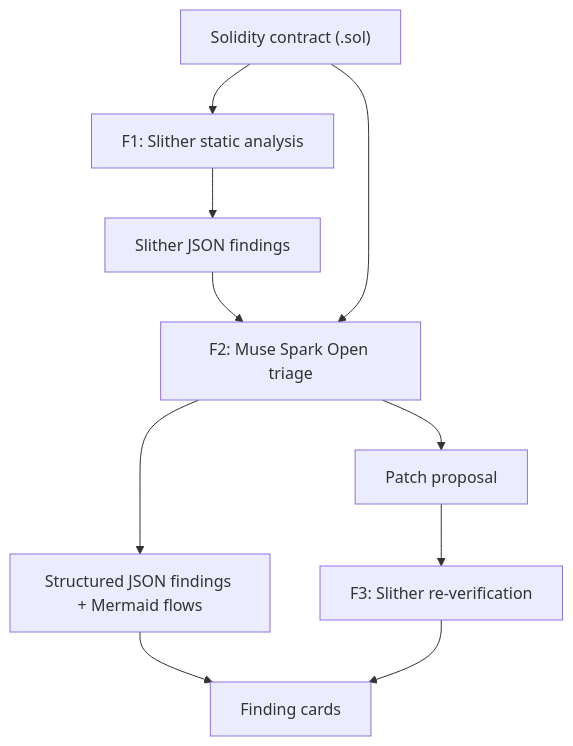
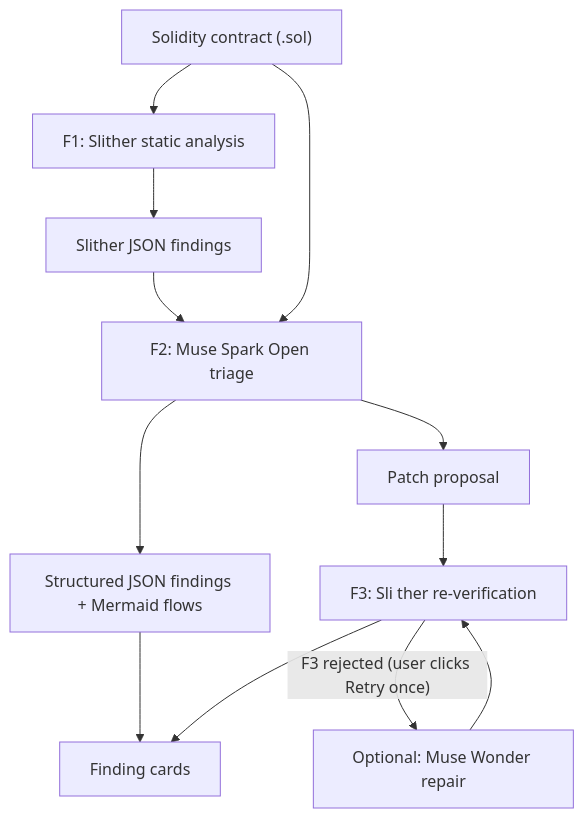
One commit to chokri29/SentryVision changed the diagram in README.md. Above: the diagram before and after it, drawn with Mermaid. The commit also changed other lines of this file, not shown here.

Commit message:
docs: surface Muse Wonder in intro, table, and architecture diagram

````diff
--- a/README.md
+++ b/README.md
@@ -48,12 +50,14 @@
 ```mermaid
 flowchart TD
     A["Solidity contract (.sol)"] --> B["F1: Slither static analysis"]
     B --> C["Slither JSON findings"]
     C --> D["F2: Muse Spark Open triage"]
     A --> D
     D --> E["Structured JSON findings + Mermaid flows"]
     E --> G["Finding cards"]
     D --> H["Patch proposal"]
-    H --> I["F3: Slither re-verification"]
+    H --> I["F3: Sli ther re-verification"]
     I --> G
+    I -->|"F3 rejected (user clicks Retry once)"| J["Optional: Muse Wonder repair"]
+    J --> I
 ```
````
